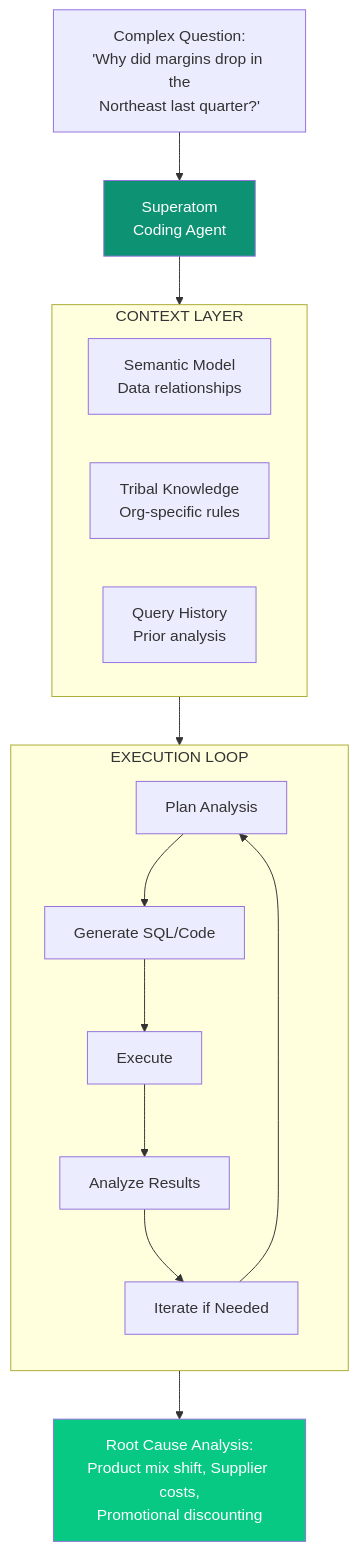
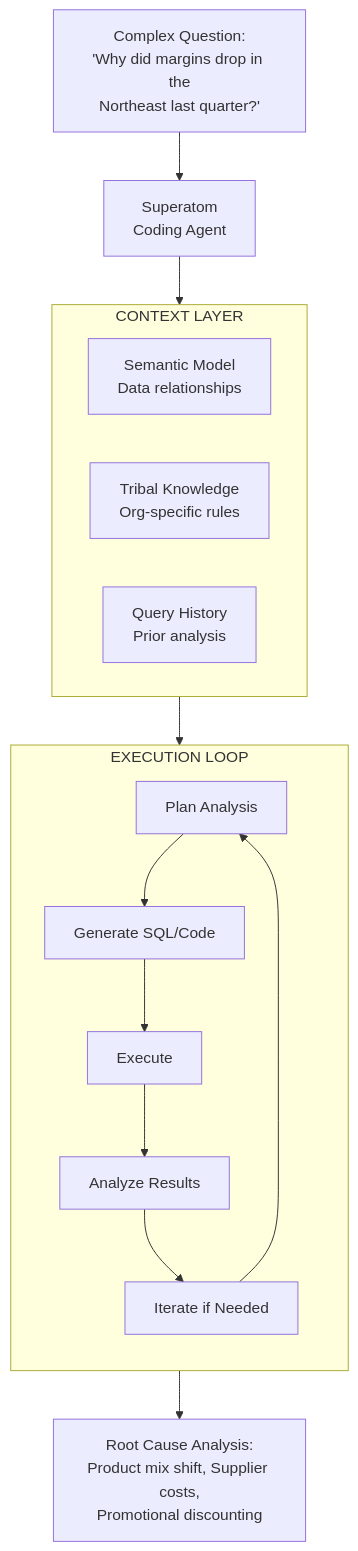
The first of 4 diagrams in ip/coding-agents.mdx (ashishsuperatom/tech-docs), drawn with Mermaid before and after one commit. The commit also changed other lines of this file and 37 other files, not shown here.

First line of the commit message:
Clean up docs: remove em-dashes, fix mermaid diagrams, remove emojis

````diff
--- a/ip/coding-agents.mdx
+++ b/ip/coding-agents.mdx
@@ -19,31 +19,29 @@
 ```mermaid
 flowchart TB
     Q["Complex Question:<br>'Why did margins drop in the<br>Northeast last quarter?'"] --> AGENT["Superatom<br>Coding Agent"]
 
     subgraph CONTEXT["CONTEXT LAYER"]
         SM["Semantic Model<br>Data relationships"]
         TK["Tribal Knowledge<br>Org-specific rules"]
         HIST["Query History<br>Prior analysis"]
     end
 
     AGENT --> CONTEXT
 
     subgraph EXECUTION["EXECUTION LOOP"]
         direction TB
         PLAN["Plan Analysis"]
         CODE["Generate SQL/Code"]
         EXEC["Execute"]
         ANALYZE["Analyze Results"]
         ITERATE["Iterate if Needed"]
 
         PLAN --> CODE --> EXEC --> ANALYZE --> ITERATE
         ITERATE --> PLAN
     end
 
     CONTEXT --> EXECUTION
 
     EXECUTION --> RESULT["Root Cause Analysis:<br>Product mix shift, Supplier costs,<br>Promotional discounting"]
 
-    style AGENT fill:#0D9373,color:#fff
-    style RESULT fill:#07C983,color:#fff
 ```
````
